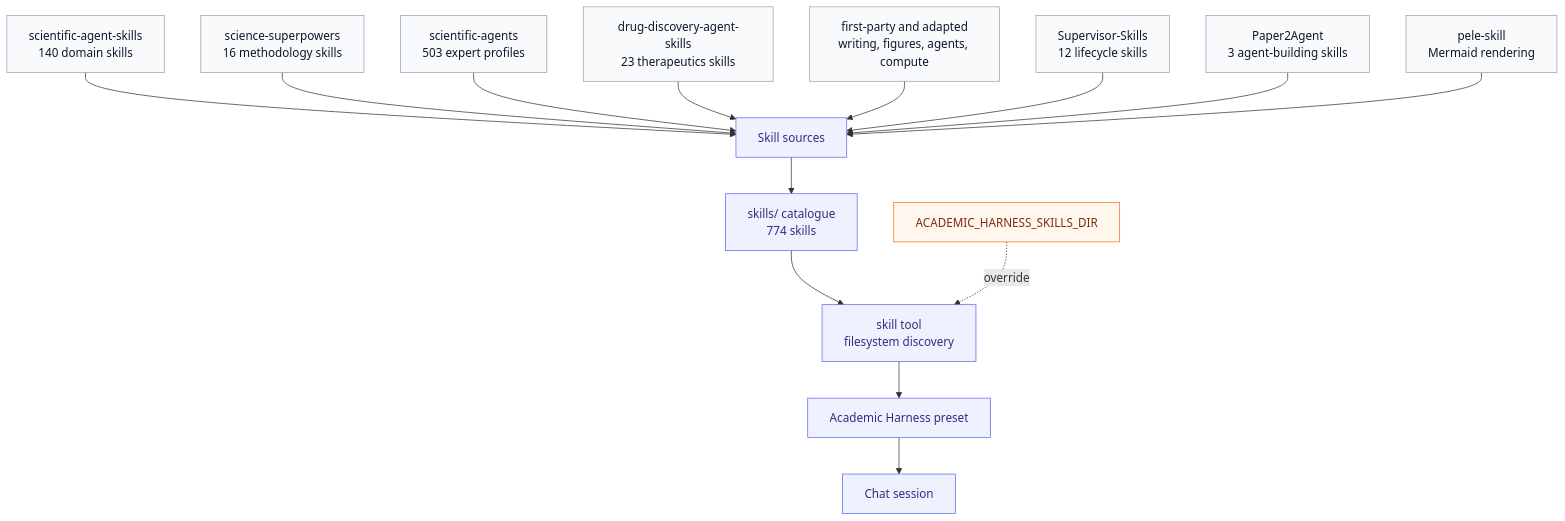
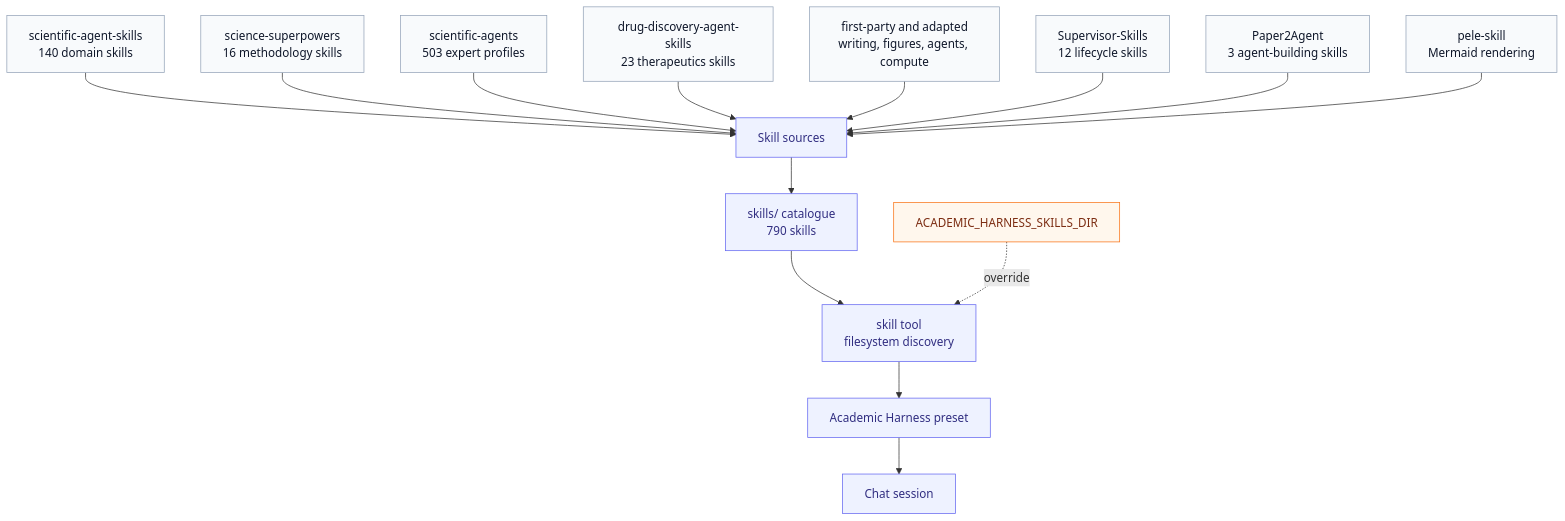
One commit to raktim-mondol/academic-harness changed the diagram in docs/diagrams/skills-map.mmd. Above: the diagram before and after it, drawn with Mermaid. The commit also changed 59 other files, not shown here.

First line of the commit message:
aer-skills: load sub-skills as top-level skills and wire the catalogue

```diff
--- a/docs/diagrams/skills-map.mmd
+++ b/docs/diagrams/skills-map.mmd
@@ -1,24 +1,24 @@
 flowchart TD
-  sources[Skill sources] --> catalogue[skills/ catalogue<br/>774 skills]
+  sources[Skill sources] --> catalogue[skills/ catalogue<br/>790 skills]
   s1[scientific-agent-skills<br/>140 domain skills] --> sources
   s2[science-superpowers<br/>16 methodology skills] --> sources
   s3[scientific-agents<br/>503 expert profiles] --> sources
   s4[drug-discovery-agent-skills<br/>23 therapeutics skills] --> sources
   s5[first-party and adapted<br/>writing, figures, agents, compute] --> sources
   s6[Supervisor-Skills<br/>12 lifecycle skills] --> sources
   s7[Paper2Agent<br/>3 agent-building skills] --> sources
   s8[pele-skill<br/>Mermaid rendering] --> sources
 
   catalogue --> loader[skill tool<br/>filesystem discovery]
   env[ACADEMIC_HARNESS_SKILLS_DIR] -. override .-> loader
   loader --> preset[Academic Harness preset]
   preset --> session[Chat session]
 
   classDef source fill:#f8fafc,stroke:#94a3b8,color:#0f172a
   classDef catalogue fill:#ecfdf5,stroke:#059669,color:#064e3b
   classDef env fill:#fff7ed,stroke:#f97316,color:#7c2d12
   classDef step fill:#eef2ff,stroke:#6366f1,color:#312e81
   class s1,s2,s3,s4,s5,s6,s7,s8 source
   class catalogue,preset step
   class env env
   class loader,session,sources step
```
